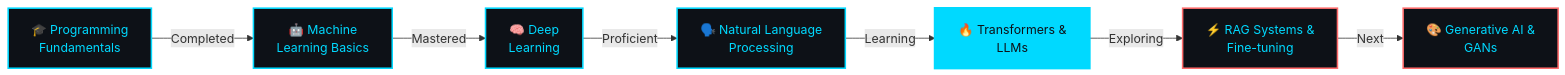
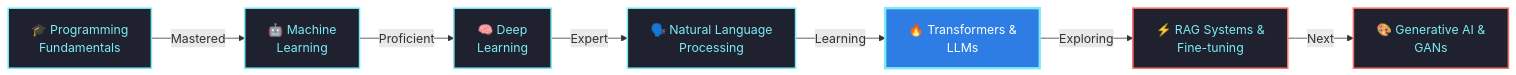
One commit to Kartikgc9/Kartikgc9 changed the diagram in README.md. Above: the diagram before and after it, drawn with Mermaid. The commit also changed other lines of this file, not shown here.

````diff
--- a/README.md
+++ b/README.md
@@ -207,17 +233,17 @@
 ```mermaid
 graph LR
-    A[🎓 Programming<br/>Fundamentals] -->|Completed| B[🤖 Machine<br/>Learning Basics]
-    B -->|Mastered| C[🧠 Deep<br/>Learning]
-    C -->|Proficient| D[🗣️ Natural Language<br/>Processing]
+    A[🎓 Programming<br/>Fundamentals] -->|Mastered| B[🤖 Machine<br/>Learning]
+    B -->|Proficient| C[🧠 Deep<br/>Learning]
+    C -->|Expert| D[🗣️ Natural Language<br/>Processing]
     D -->|Learning| E[🔥 Transformers &<br/>LLMs]
     E -->|Exploring| F[⚡ RAG Systems &<br/>Fine-tuning]
     F -->|Next| G[🎨 Generative AI &<br/>GANs]
     
-    style A fill:#0d1117,stroke:#00d9ff,stroke-width:2px,color:#00d9ff
-    style B fill:#0d1117,stroke:#00d9ff,stroke-width:2px,color:#00d9ff
-    style C fill:#0d1117,stroke:#00d9ff,stroke-width:2px,color:#00d9ff
-    style D fill:#0d1117,stroke:#00d9ff,stroke-width:2px,color:#00d9ff
-    style E fill:#00d9ff,stroke:#00d9ff,stroke-width:3px,color:#0d1117
-    style F fill:#0d1117,stroke:#ff6b6b,stroke-width:2px,color:#00d9ff
-    style G fill:#0d1117,stroke:#ff6b6b,stroke-width:2px,color:#00d9ff
+    style A fill:#1F222E,stroke:#7cebf5,stroke-width:2px,color:#7cebf5
+    style B fill:#1F222E,stroke:#7cebf5,stroke-width:2px,color:#7cebf5
+    style C fill:#1F222E,stroke:#7cebf5,stroke-width:2px,color:#7cebf5
+    style D fill:#1F222E,stroke:#7cebf5,stroke-width:2px,color:#7cebf5
+    style E fill:#2d7de4,stroke:#7cebf5,stroke-width:3px,color:#ffffff
+    style F fill:#1F222E,stroke:#ff6b6b,stroke-width:2px,color:#7cebf5
+    style G fill:#1F222E,stroke:#ff6b6b,stroke-width:2px,color:#7cebf5
 ```
````
